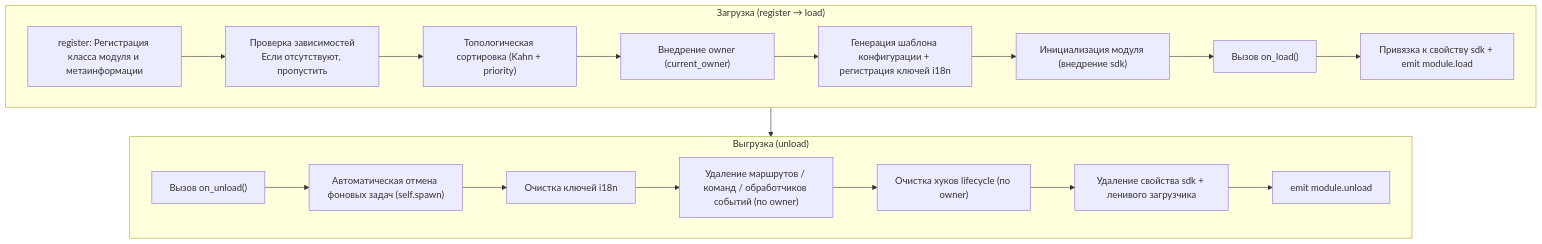
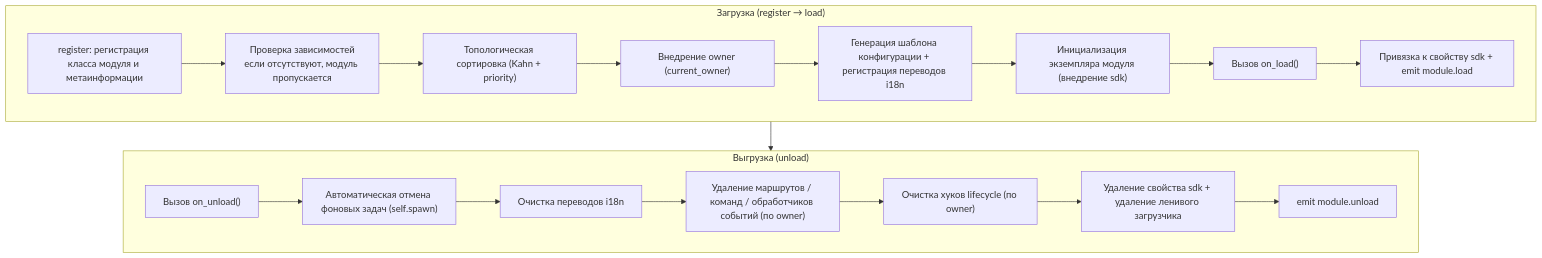
The diagram in docs/ru/developer-guide/modules/core-concepts.md (ErisPulse/ErisPulse), drawn with Mermaid before and after one commit. The commit also changed other lines of this file and 1 other file, not shown here.

````diff
--- a/docs/ru/developer-guide/modules/core-concepts.md
+++ b/docs/ru/developer-guide/modules/core-concepts.md
@@ -90,23 +90,23 @@
 ```mermaid
 flowchart TD
     subgraph Load["Загрузка (register → load)"]
-        L1["register: Регистрация класса модуля и метаинформации"] --> L2["Проверка зависимостей<br/>Если отсутствуют, пропустить"]
+        L1["register: регистрация класса модуля и метаинформации"] --> L2["Проверка зависимостей<br/>если отсутствуют, модуль пропускается"]
         L2 --> L3["Топологическая сортировка (Kahn + priority)"]
         L3 --> L4["Внедрение owner (current_owner)"]
-        L4 --> L5["Генерация шаблона конфигурации + регистрация ключей i18n"]
-        L5 --> L6["Инициализация модуля (внедрение sdk)"]
+        L4 --> L5["Генерация шаблона конфигурации + регистрация переводов i18n"]
+        L5 --> L6["Инициализация экземпляра модуля (внедрение sdk)"]
         L6 --> L7["Вызов on_load()"]
         L7 --> L8["Привязка к свойству sdk + emit module.load"]
     end
 
     subgraph Unload["Выгрузка (unload)"]
         U1["Вызов on_unload()"] --> U2["Автоматическая отмена фоновых задач (self.spawn)"]
-        U2 --> U3["Очистка ключей i18n"]
+        U2 --> U3["Очистка переводов i18n"]
         U3 --> U4["Удаление маршрутов / команд / обработчиков событий (по owner)"]
         U4 --> U5["Очистка хуков lifecycle (по owner)"]
-        U5 --> U6["Удаление свойства sdk + ленивого загрузчика"]
+        U5 --> U6["Удаление свойства sdk + удаление ленивого загрузчика"]
         U6 --> U7["emit module.unload"]
     end
 
     Load --> Unload
 ```
````
